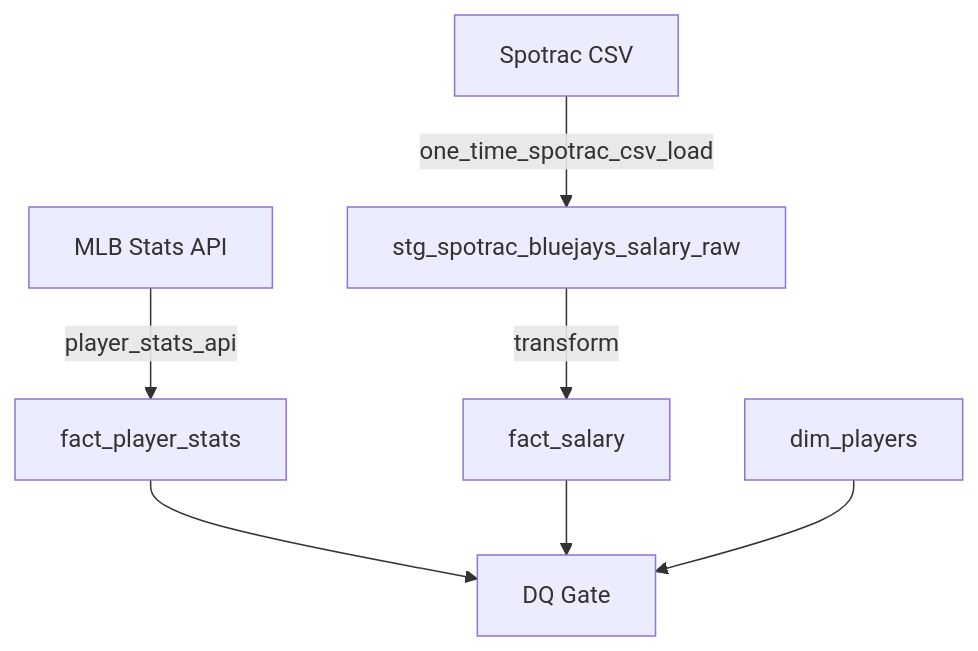
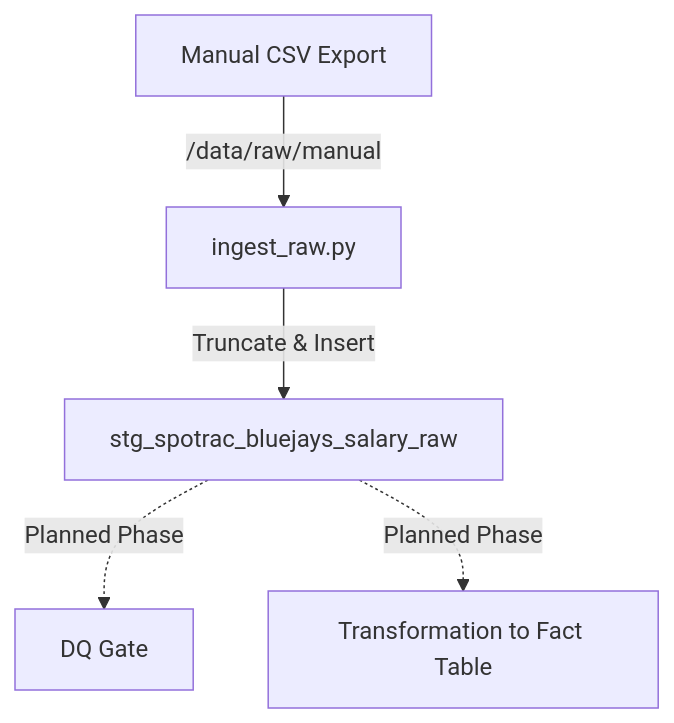
Before and after one commit to sukminc/bluejays-financial-mlops: the diagram in README.md, drawn with Mermaid. The commit also changed other lines of this file and 1 other file, not shown here.

````diff
--- a/README.md
+++ b/README.md
@@ -82,10 +47,9 @@
 ```mermaid
 graph TD
-    A[MLB Stats API] -->|player_stats_api| B[fact_player_stats]
-    C[Spotrac CSV] -->|one_time_spotrac_csv_load| R[stg_spotrac_bluejays_salary_raw]
-    R -->|transform| D[fact_salary]
+    A[Manual CSV Export] -->|/data/raw/manual| B[ingest_raw.py]
+    B -->|Truncate & Insert| C[stg_spotrac_bluejays_salary_raw]
     
-    B --> E[DQ Gate]
-    D --> E
-    F[dim_players] --> E
+    C -.->|Planned Phase| D[DQ Gate]
+    C -.->|Planned Phase| E[Transformation to Fact Table]
+
 ```
````
